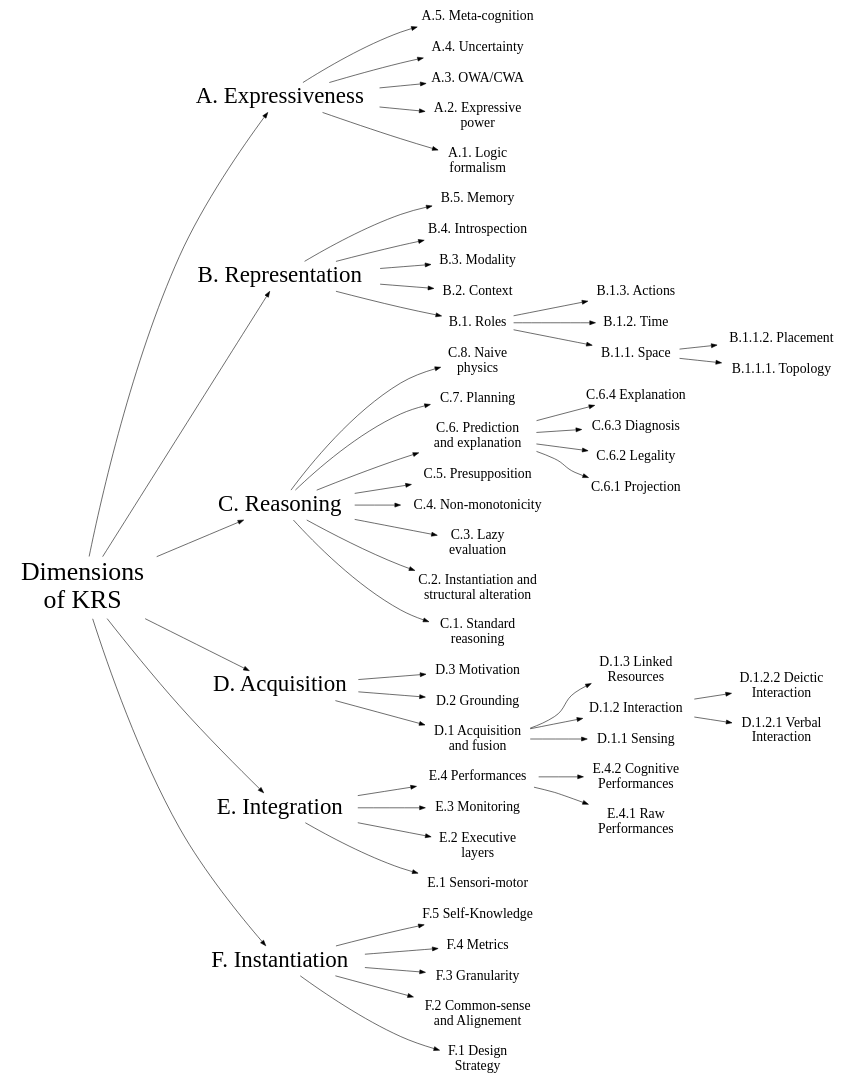
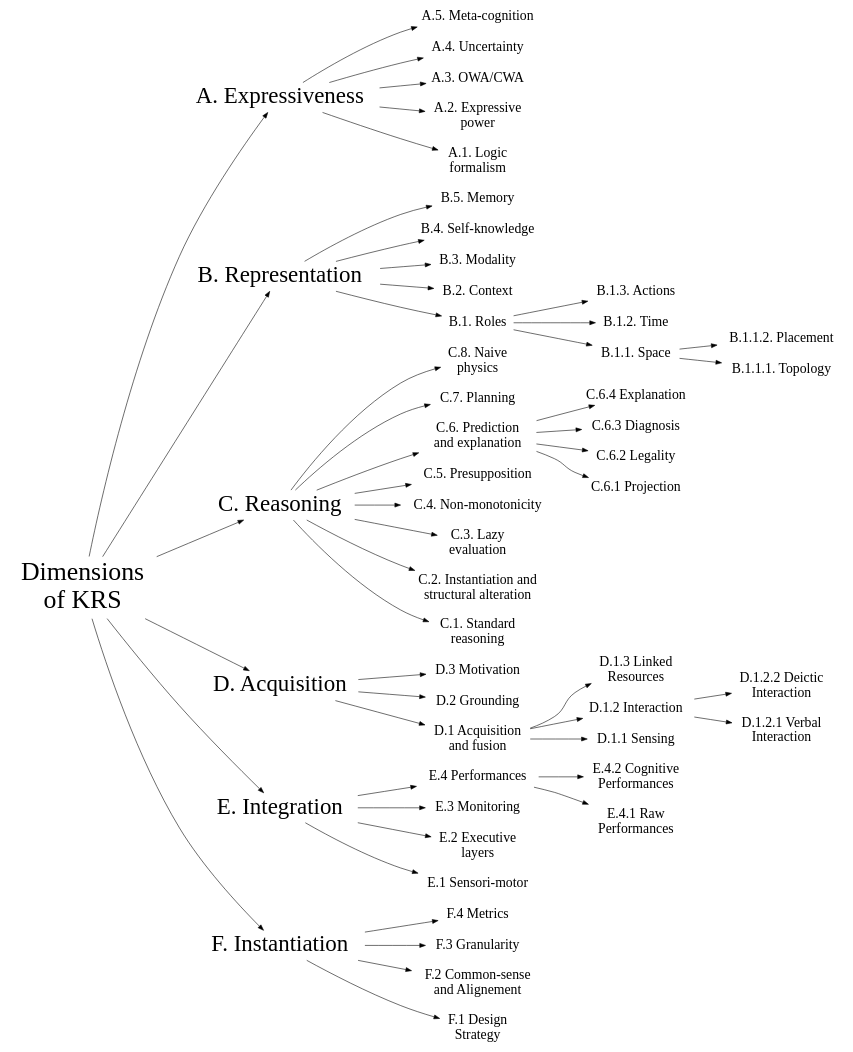
The diagram in images/taxonomy.dot (severin-lemaignan/these), drawn with Graphviz before and after one commit. The commit also changed 1 other file, not shown here.

Commit message:
Merged introspection and selfknowledge

```diff
--- a/images/taxonomy.dot
+++ b/images/taxonomy.dot
@@ -1,133 +1,131 @@
 strict digraph Knowledge {
 
 rankdir=LR;
 overlap=scale;
 
 node [shape=plaintext,fontsize=24,fontname="Ubuntu"];
 
 root [label="Dimensions\n of KRS", fontsize=45];
 root -> A;
 root -> B;
 root -> C;
 root -> D;
 root -> E;
 root -> F;
 
 F [label="F. Instantiation", fontsize=40];
 E [label="E. Integration", fontsize=40];
 D [label="D. Acquisition", fontsize=40];
 C [label="C. Reasoning", fontsize=40];
 B [label="B. Representation", fontsize=40];
 A [label="A. Expressiveness", fontsize=40];
 
 
 A5 [label="A.5. Meta-cognition"];
 A4 [label="A.4. Uncertainty"];
 A3 [label="A.3. OWA/CWA"];
 A2 [label="A.2. Expressive\n power"];
 A1 [label="A.1. Logic\n formalism"];
 
 A -> A1;
 A -> A2;
 A -> A3;
 A -> A4;
 A -> A5;
 
 B5 [label="B.5. Memory"];
-B4 [label="B.4. Introspection"];
+B4 [label="B.4. Self-knowledge"];
 B3 [label="B.3. Modality"];
 B2 [label="B.2. Context"];
 B1 [label="B.1. Roles"];
 
 
 B13 [label="B.1.3. Actions"];
 B12 [label="B.1.2. Time"];
 B11 [label="B.1.1. Space"];
 
 B112 [label="B.1.1.2. Placement"];
 B111 [label="B.1.1.1. Topology"];
 
 B -> B1 -> B11 -> B111;
            B11 -> B112;
      B1 -> B12;
      B1 -> B13;
 B -> B2;
 B -> B3;
 B -> B4;
 B -> B5;
 
 
 
 //C10 [label="C.9. Learning"];
 C9 [label="C.8. Naive\n physics"];
 C8 [label="C.7. Planning"];
 C7 [label="C.6. Prediction\n and explanation"];
 C6 [label="C.5. Presupposition"];
 C5 [label="C.4. Non-monotonicity"];
 C3 [label="C.3. Lazy\n evaluation"];
 C2 [label="C.2. Instantiation and\n structural alteration"];
 C1 [label="C.1. Standard\n reasoning"];
 
 C74 [label="C.6.4 Explanation"];
 C73 [label="C.6.3 Diagnosis"];
 C72 [label="C.6.2 Legality"];
 C71 [label="C.6.1 Projection"];
 
 C -> C1;
 C -> C2;
 C -> C3;
 C -> C5;
 C -> C6;
 C -> C7 -> C71;
      C7 -> C72;
      C7 -> C73;
      C7 -> C74;
 C -> C8;
 C -> C9;
 //C -> C10;
 
 D3 [label="D.3 Motivation"];
 D2 [label="D.2 Grounding"];
 D1 [label="D.1 Acquisition\n and fusion"];
 
 D13 [label="D.1.3 Linked\n Resources"];
 D12 [label="D.1.2 Interaction"];
 D11 [label="D.1.1 Sensing"];
 
 D122 [label="D.1.2.2 Deictic\n Interaction"];
 D121 [label="D.1.2.1 Verbal\n Interaction"];
 
 D -> D1 -> D11;
      D1 -> D12 -> D121;
            D12 -> D122;
      D1 -> D13;
 D -> D2;
 D -> D3;
 
 E4 [label="E.4 Performances"];
 E3 [label="E.3 Monitoring"];
 E2 [label="E.2 Executive\n layers"];
 E1 [label="E.1 Sensori-motor"];
 
 E42 [label="E.4.2 Cognitive\n Performances"];
 E41 [label="E.4.1 Raw\n Performances"];
 
 E -> E1;
 E -> E2;
 E -> E3;
 E -> E4 -> E41;
      E4 -> E42;
 
-F5 [label="F.5 Self-Knowledge"];
 F4 [label="F.4 Metrics"];
 F3 [label="F.3 Granularity"];
 F2 [label="F.2 Common-sense\n and Alignement"];
 F1 [label="F.1 Design\n Strategy"];
 
 F -> F1;
 F -> F2;
 F -> F3;
 F -> F4;
-F -> F5;
 
 }
```
